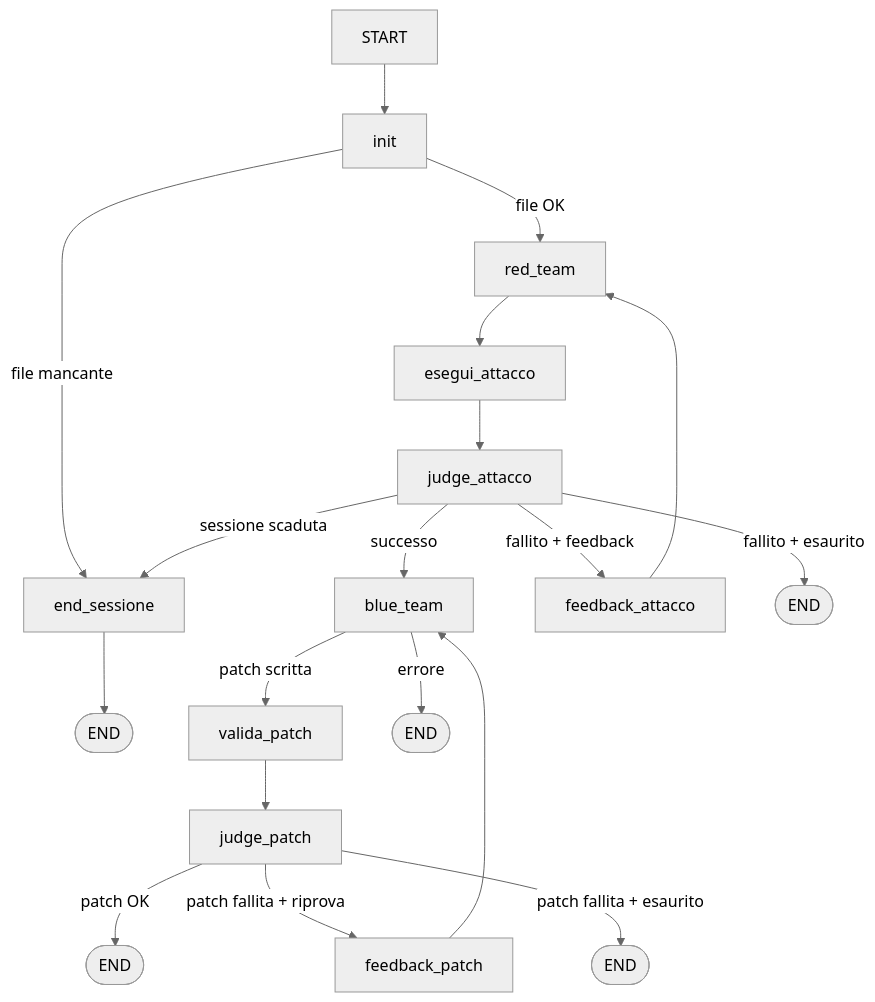
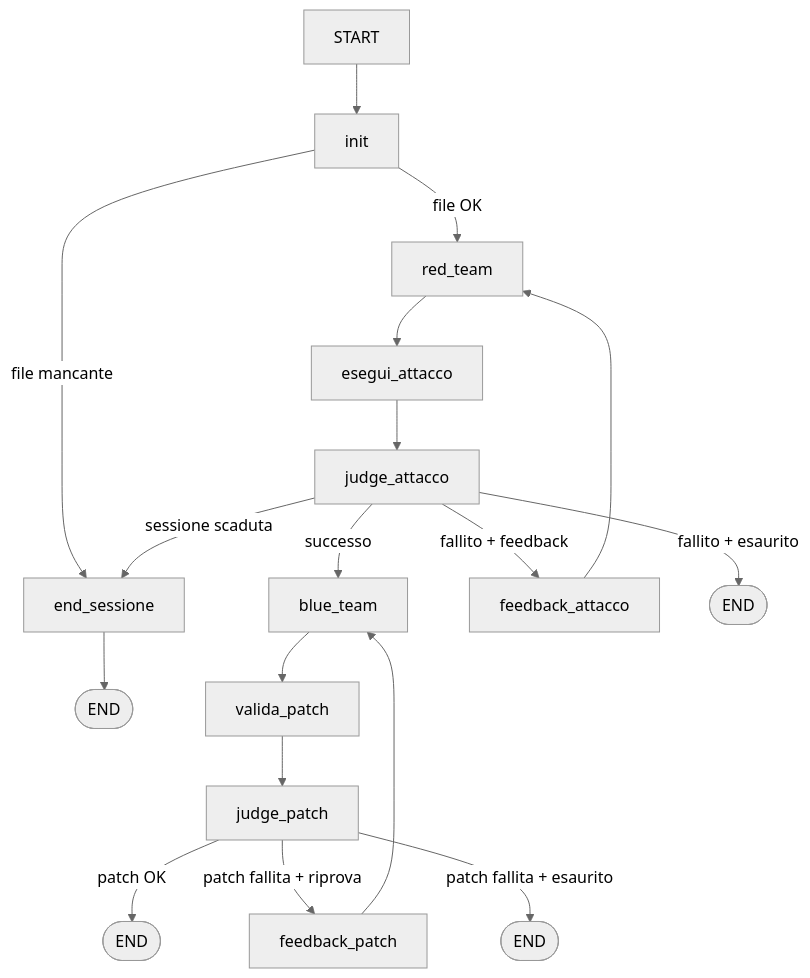
Before and after one commit to federissoo/dvwa-llm-agent: the diagram in README.md, drawn with Mermaid (neutral theme).

Commit message:
docs: align Mermaid graph in README.md with actual LangGraph routing

````diff
--- a/README.md
+++ b/README.md
@@ -13,23 +13,21 @@
 ```mermaid
 graph TD
     START --> init
     init -->|file OK| red_team
     init -->|file mancante| end_sessione --> END_ERR([END])
 
     red_team --> esegui_attacco
     esegui_attacco --> judge_attacco
 
     judge_attacco -->|sessione scaduta| end_sessione
     judge_attacco -->|successo| blue_team
     judge_attacco -->|fallito + feedback| feedback_attacco --> red_team
     judge_attacco -->|fallito + esaurito| END_A([END])
 
-    blue_team -->|patch scritta| valida_patch
-    blue_team -->|errore| END_B([END])
-
+    blue_team --> valida_patch
     valida_patch --> judge_patch
 
     judge_patch -->|patch OK| END_C([END])
     judge_patch -->|patch fallita + riprova| feedback_patch --> blue_team
     judge_patch -->|patch fallita + esaurito| END_D([END])
 ```
````
